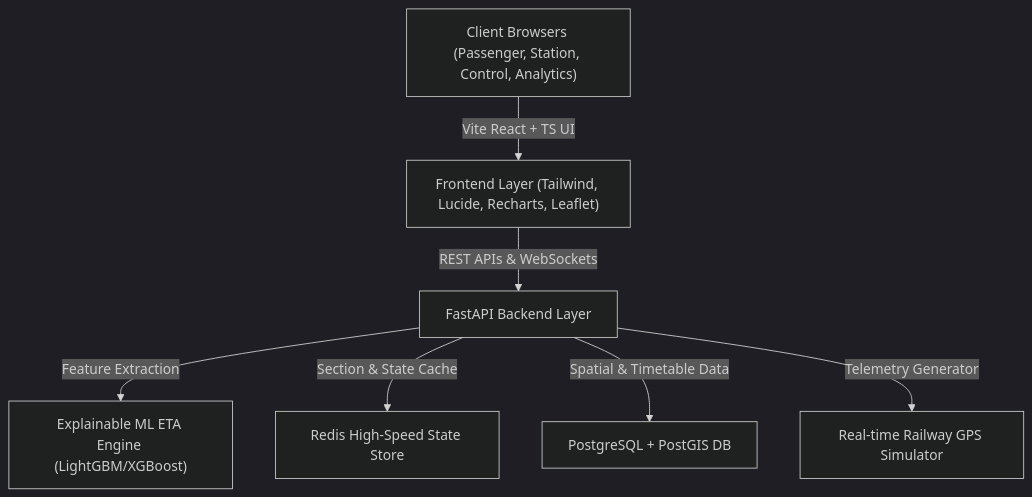
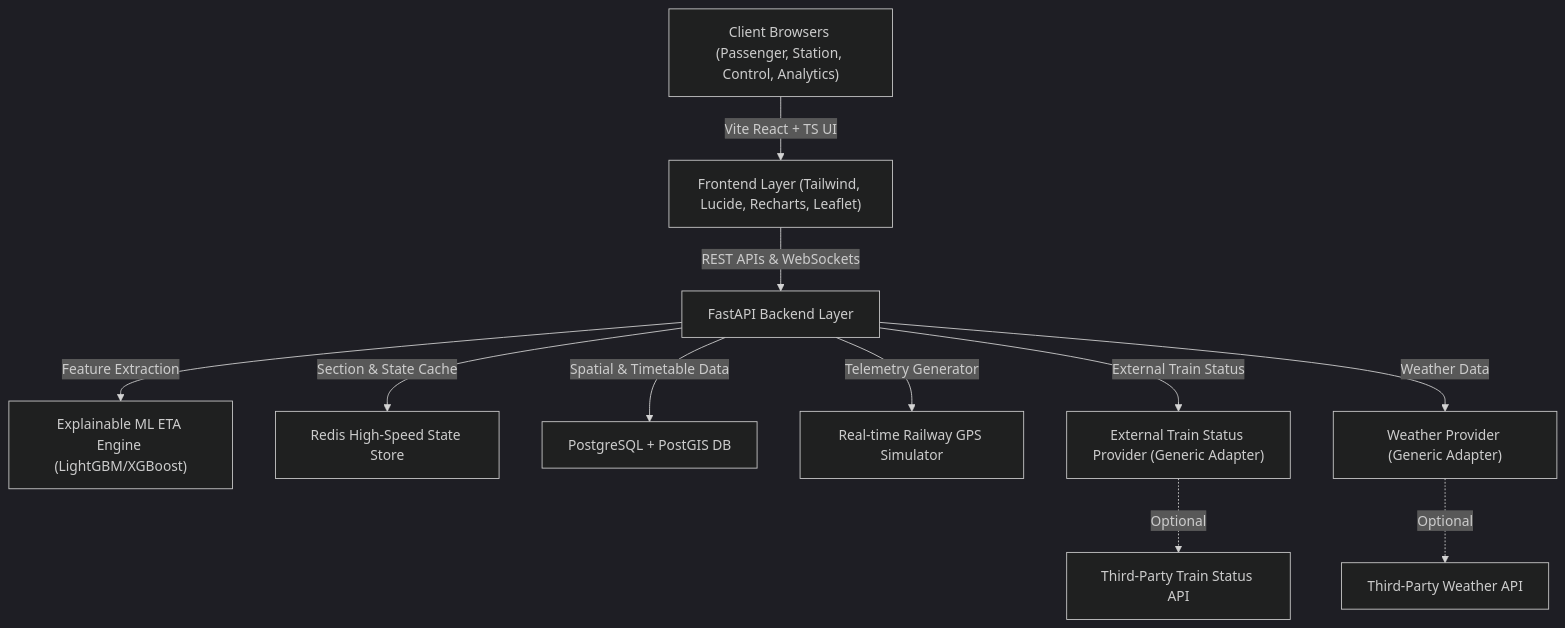
Before and after one commit to rajsyntax/RailDrishti-ai: the diagram in docs/architecture.md, drawn with Mermaid (dark theme). The commit also changed other lines of this file and 19 other files, not shown here.

Commit message:
feat: add PostgreSQL Redis external data adapters and data source manager

````diff
--- a/docs/architecture.md
+++ b/docs/architecture.md
@@ -5,9 +5,13 @@
 ```mermaid
 graph TD
     Client["Client Browsers (Passenger, Station, Control, Analytics)"] -->|Vite React + TS UI| Frontend["Frontend Layer (Tailwind, Lucide, Recharts, Leaflet)"]
     Frontend -->|REST APIs & WebSockets| Backend["FastAPI Backend Layer"]
     Backend -->|Feature Extraction| MLEngine["Explainable ML ETA Engine (LightGBM/XGBoost)"]
     Backend -->|Section & State Cache| RedisCache["Redis High-Speed State Store"]
     Backend -->|Spatial & Timetable Data| Postgres["PostgreSQL + PostGIS DB"]
     Backend -->|Telemetry Generator| SimService["Real-time Railway GPS Simulator"]
+    Backend -->|External Train Status| ExtAPI["External Train Status Provider (Generic Adapter)"]
+    Backend -->|Weather Data| WeatherAPI["Weather Provider (Generic Adapter)"]
+    ExtAPI -.->|Optional| ThirdParty["Third-Party Train Status API"]
+    WeatherAPI -.->|Optional| WeatherService["Third-Party Weather API"]
 ```
````
